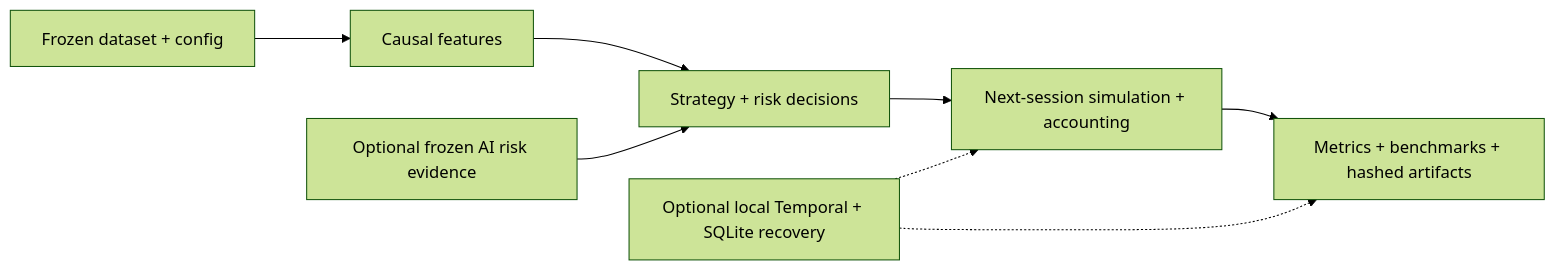
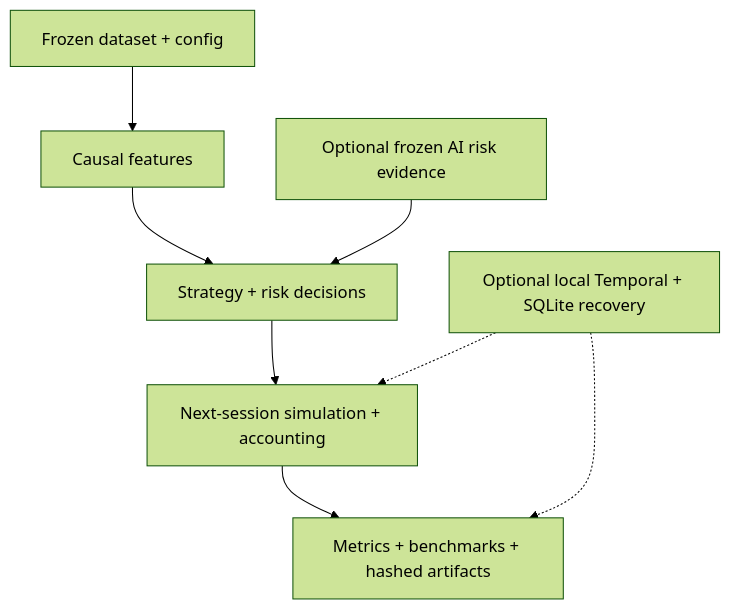
The diagram in README.md (ntua-el21026/ai-assisted-quant-research), drawn with Mermaid (forest theme) before and after one commit. The commit also changed other lines of this file and 7 other files, not shown here.

````diff
--- a/README.md
+++ b/README.md
@@ -42,10 +44,10 @@
 ```mermaid
-flowchart LR
+flowchart TB
     D["Frozen dataset + config"] --> F["Causal features"]
     F --> S["Strategy + risk decisions"]
     S --> E["Next-session simulation + accounting"]
     E --> M["Metrics + benchmarks + hashed artifacts"]
     A["Optional frozen AI risk evidence"] --> S
     T["Optional local Temporal + SQLite recovery"] -.-> E
     T -.-> M
 ```
````
